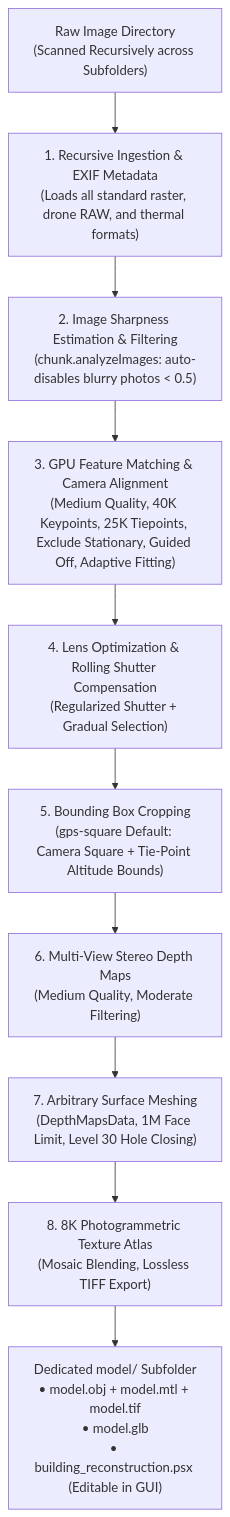
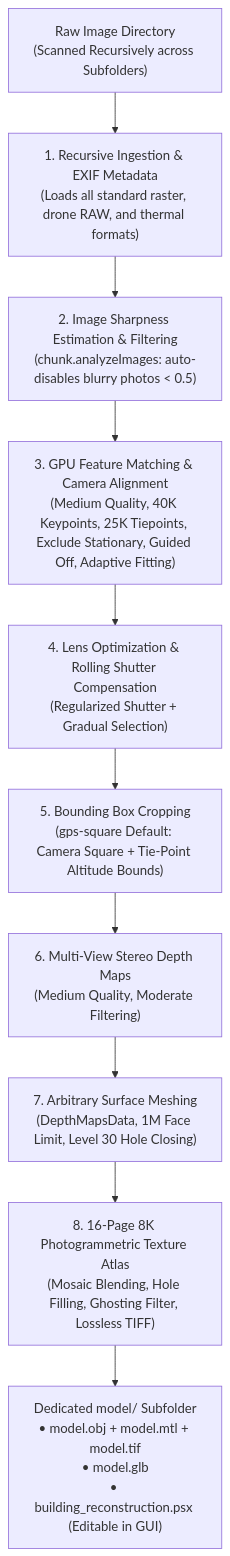
One commit to ngviettam82/AutoMetashape changed the diagram in skills/user/image-to-3d-model/SKILL.md. Above: the diagram before and after it, drawn with Mermaid. The commit also changed other lines of this file and 3 other files, not shown here.

Commit message:
feat: Configure 16-page 8K texture atlas with hole filling and ghosting filter

````diff
--- a/skills/user/image-to-3d-model/SKILL.md
+++ b/skills/user/image-to-3d-model/SKILL.md
@@ -36,12 +36,12 @@
 ```mermaid
 flowchart TD
     A["Raw Image Directory<br/>(Scanned Recursively across Subfolders)"] --> B["1. Recursive Ingestion & EXIF Metadata<br/>(Loads all standard raster, drone RAW, and thermal formats)"]
     B --> C["2. Image Sharpness Estimation & Filtering<br/>(chunk.analyzeImages: auto-disables blurry photos < 0.5)"]
     C --> D["3. GPU Feature Matching & Camera Alignment<br/>(Medium Quality, 40K Keypoints, 25K Tiepoints, Exclude Stationary, Guided Off, Adaptive Fitting)"]
     D --> E["4. Lens Optimization & Rolling Shutter Compensation<br/>(Regularized Shutter + Gradual Selection)"]
     E --> F["5. Bounding Box Cropping<br/>(gps-square Default: Camera Square + Tie-Point Altitude Bounds)"]
     F --> G["6. Multi-View Stereo Depth Maps<br/>(Medium Quality, Moderate Filtering)"]
     G --> H["7. Arbitrary Surface Meshing<br/>(DepthMapsData, 1M Face Limit, Level 30 Hole Closing)"]
-    H --> I["8. 8K Photogrammetric Texture Atlas<br/>(Mosaic Blending, Lossless TIFF Export)"]
+    H --> I["8. 16-Page 8K Photogrammetric Texture Atlas<br/>(Mosaic Blending, Hole Filling, Ghosting Filter, Lossless TIFF)"]
     I --> J["Dedicated model/ Subfolder<br/>• model.obj + model.mtl + model.tif<br/>• model.glb<br/>• building_reconstruction.psx (Editable in GUI)"]
 ```
````
